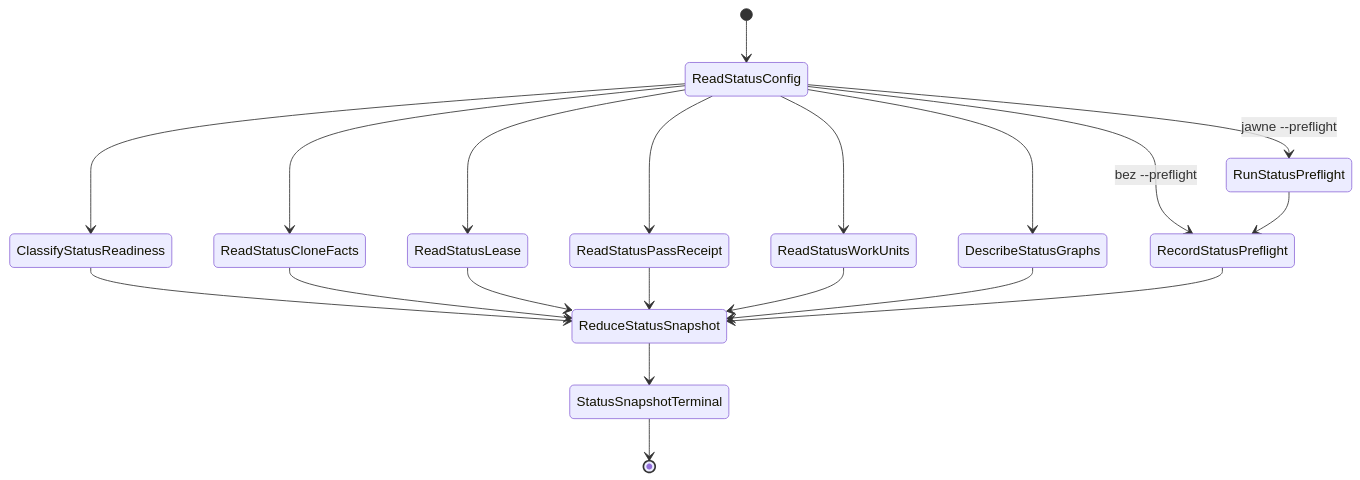
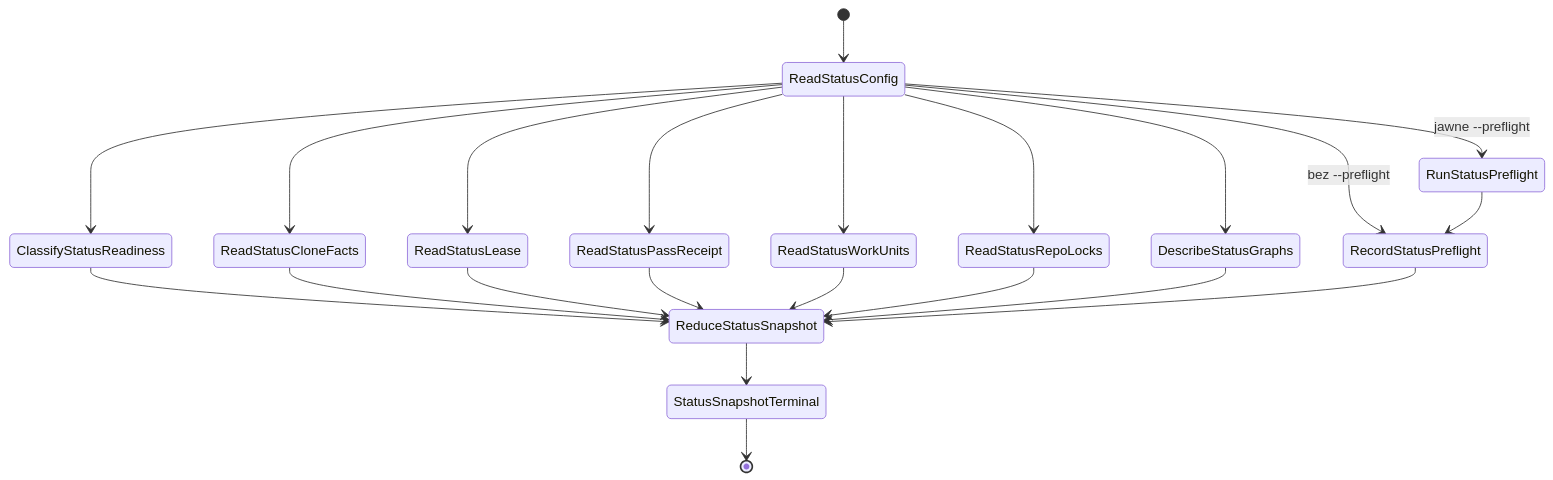
Diagram 15 of 47 in README.md (mikolaj92/lokay), drawn with Mermaid before and after one commit. The commit also changed other lines of this file and 18 other files, not shown here.

````diff
--- a/README.md
+++ b/README.md
@@ -427,22 +434,24 @@
 ```mermaid
 stateDiagram-v2
     [*] --> ReadStatusConfig
     ReadStatusConfig --> ClassifyStatusReadiness
     ReadStatusConfig --> ReadStatusCloneFacts
     ReadStatusConfig --> ReadStatusLease
     ReadStatusConfig --> ReadStatusPassReceipt
     ReadStatusConfig --> ReadStatusWorkUnits
+    ReadStatusConfig --> ReadStatusRepoLocks
     ReadStatusConfig --> DescribeStatusGraphs
     ReadStatusConfig --> RunStatusPreflight: jawne --preflight
     ReadStatusConfig --> RecordStatusPreflight: bez --preflight
     RunStatusPreflight --> RecordStatusPreflight
     ClassifyStatusReadiness --> ReduceStatusSnapshot
     ReadStatusCloneFacts --> ReduceStatusSnapshot
     ReadStatusLease --> ReduceStatusSnapshot
     ReadStatusPassReceipt --> ReduceStatusSnapshot
     ReadStatusWorkUnits --> ReduceStatusSnapshot
+    ReadStatusRepoLocks --> ReduceStatusSnapshot
     DescribeStatusGraphs --> ReduceStatusSnapshot
     RecordStatusPreflight --> ReduceStatusSnapshot
     ReduceStatusSnapshot --> StatusSnapshotTerminal
     StatusSnapshotTerminal --> [*]
 ```
````
